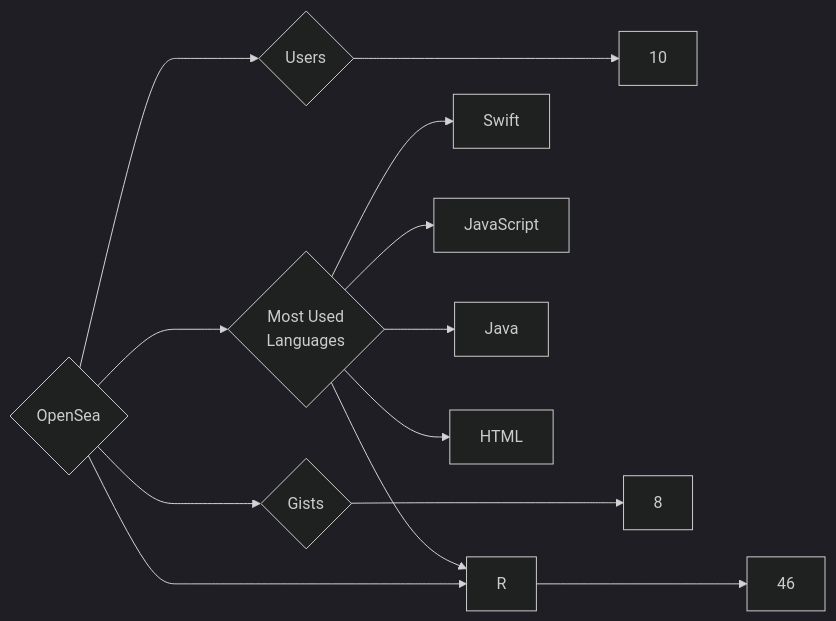
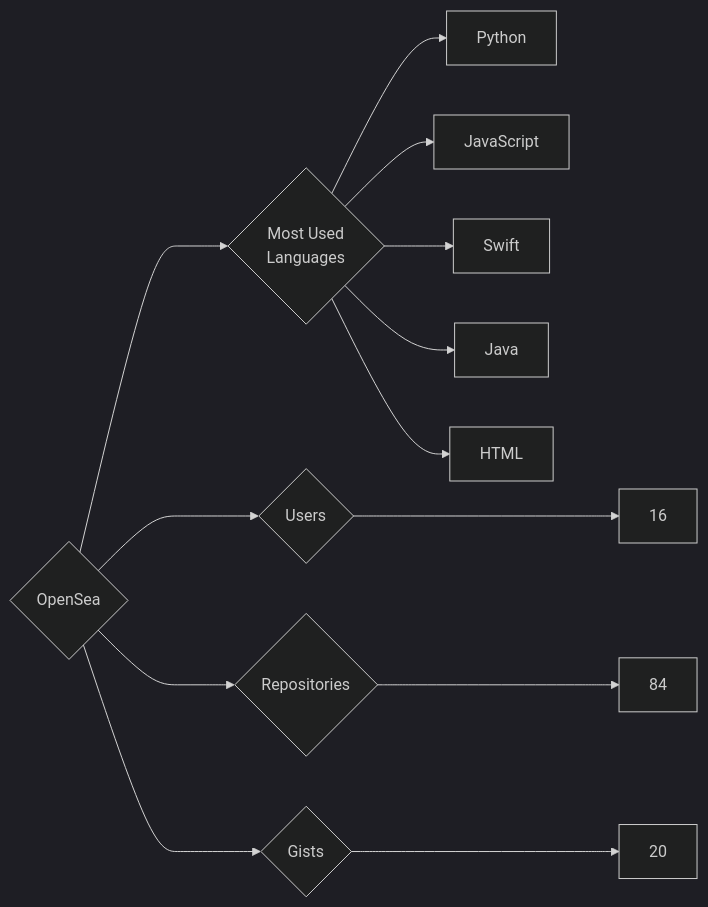
Before and after one commit to trickest/insiders: the diagram in targets/OpenSea/README.md, drawn with Mermaid (dark theme). The commit also changed 972 other files, not shown here.

````diff
--- a/targets/OpenSea/README.md
+++ b/targets/OpenSea/README.md
@@ -3,13 +3,13 @@
 ```mermaid
 graph LR
 COMPANY_NAME{OpenSea}
-COMPANY_NAME ---> U{Users} ---> UN[10]
-COMPANY_NAME ---> R{Repositories} ---> RN[46]
-COMPANY_NAME ---> G{Gists} ---> GN[8]
+COMPANY_NAME ---> U{Users} ---> UN[16]
+COMPANY_NAME ---> R{Repositories} ---> RN[84]
+COMPANY_NAME ---> G{Gists} ---> GN[20]
 COMPANY_NAME ---> ML{Most Used<br>Languages}
+ML --> Python[Python]
+ML --> JavaScript[JavaScript]
 ML --> Swift[Swift]
-ML --> JavaScript[JavaScript]
 ML --> Java[Java]
 ML --> HTML[HTML]
-ML --> R[R]
 ```
````
